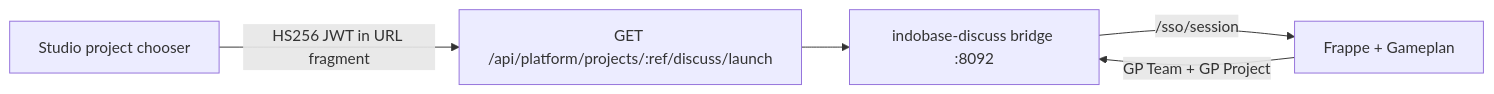
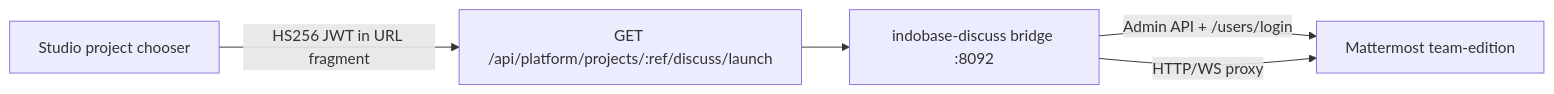
The diagram in docs/INDOBASE-DISCUSS.md (Indobase/Indobase), drawn with Mermaid before and after one commit. The commit also changed other lines of this file and 83 other files, not shown here.

````diff
--- a/docs/INDOBASE-DISCUSS.md
+++ b/docs/INDOBASE-DISCUSS.md
@@ -23,11 +23,11 @@
 ```mermaid
 flowchart LR
   Studio["Studio project chooser"]
   Launch["GET /api/platform/projects/:ref/discuss/launch"]
   Bridge["indobase-discuss bridge :8092"]
-  Frappe["Frappe + Gameplan"]
+  MM["Mattermost team-edition"]
   Studio -->|"HS256 JWT in URL fragment"| Launch
   Launch --> Bridge
-  Bridge -->|"/sso/session"| Frappe
-  Frappe -->|"GP Team + GP Project"| Bridge
+  Bridge -->|"Admin API + /users/login"| MM
+  Bridge -->|"HTTP/WS proxy"| MM
 ```
````
